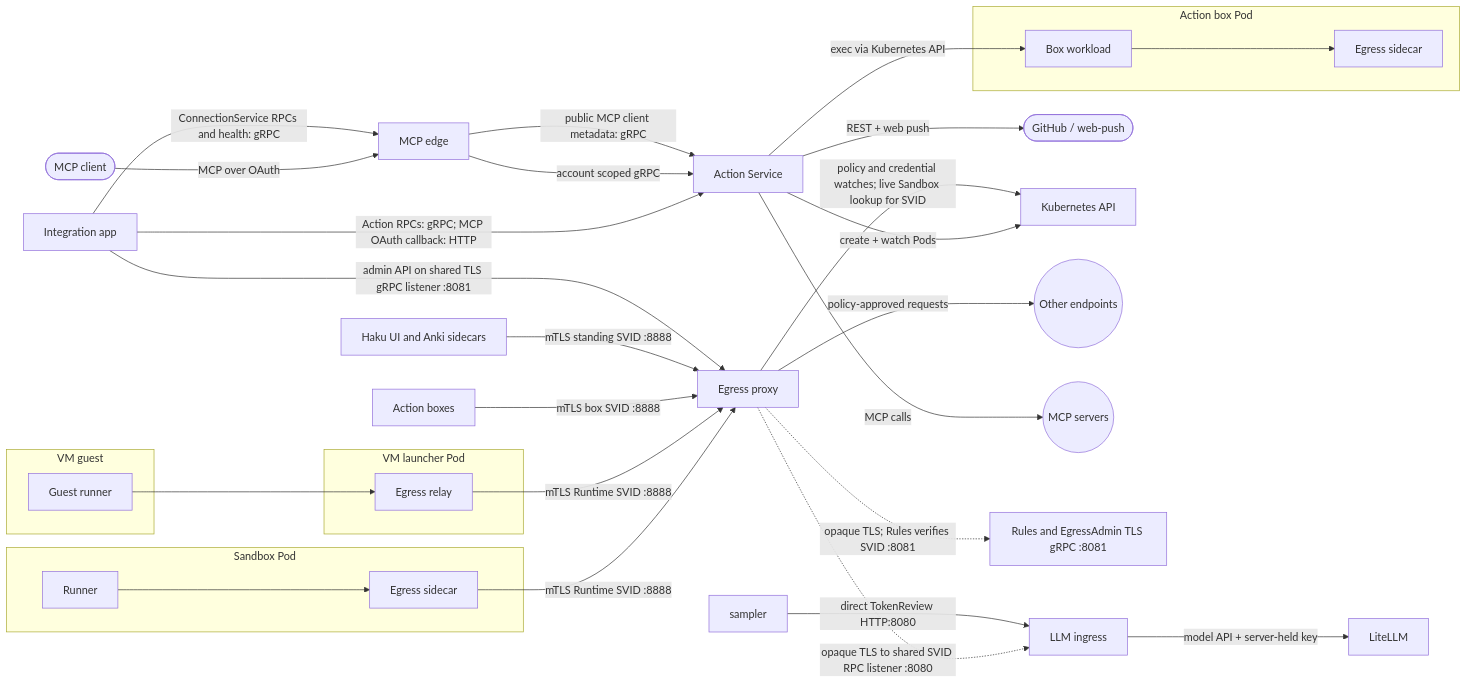
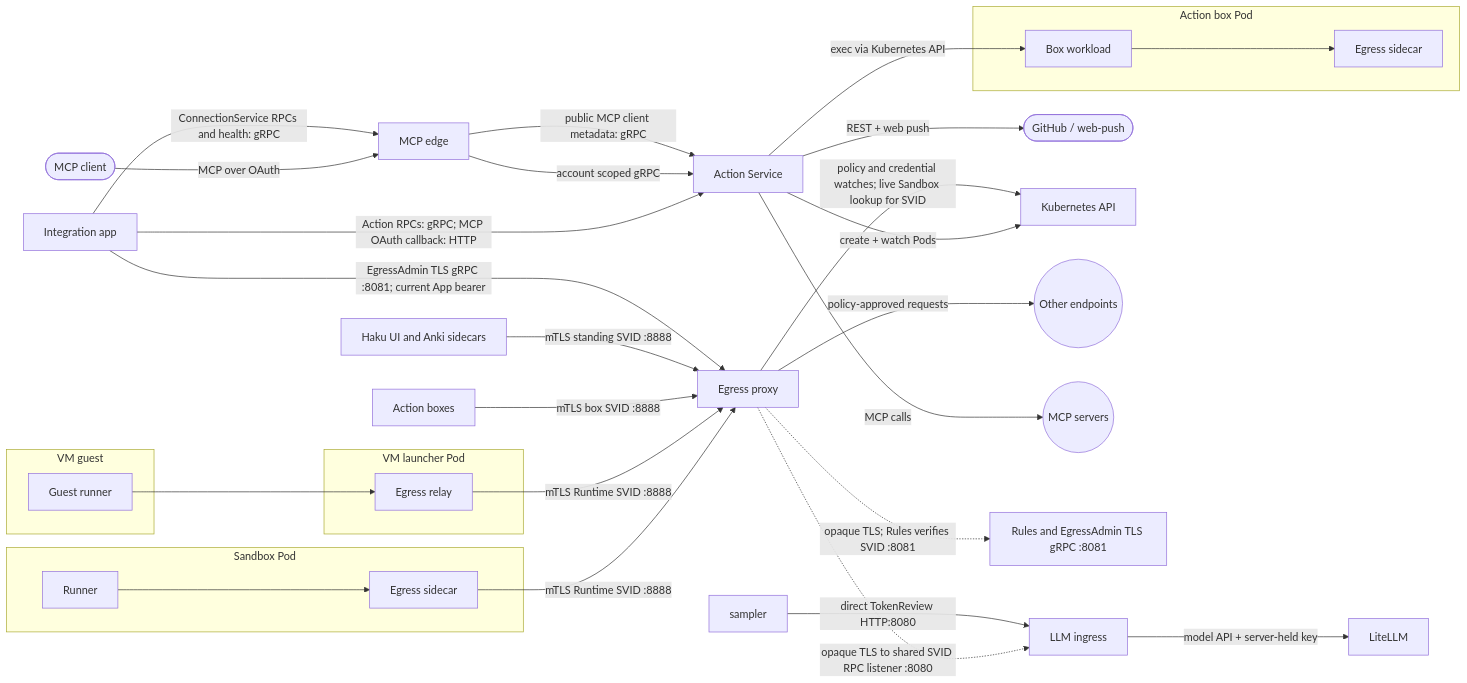
Before and after one commit to agentydragon/ducktape: diagram 12 of 15 in agentplane/docs/system_overview.md, drawn with Mermaid. The commit also changed other lines of this file and 4 other files, not shown here.

Commit message:
agentplane: admit App SVID on EgressAdmin

````diff
--- a/agentplane/docs/system_overview.md
+++ b/agentplane/docs/system_overview.md
@@ -637,50 +637,50 @@
 ```mermaid
 flowchart LR
     mcp_client([MCP client])
     github([GitHub / web-push])
     app[Integration app]
     actions[Action Service]
     edge[MCP edge]
     k8s[Kubernetes API]
     subgraph box[Action box Pod]
         workload[Box workload]
         box_sidecar[Egress sidecar]
     end
     subgraph sandbox[Sandbox Pod]
         runner[Runner]
         sidecar[Egress sidecar]
     end
     subgraph vm_guest[VM guest]
         guest[Guest runner]
     end
     subgraph vm_pod[VM launcher Pod]
         relay[Egress relay]
     end
     egress[Egress proxy]
     llm[LLM ingress]
     litellm[LiteLLM]
     other((Other endpoints))
     mcp_servers((MCP servers))
 
     mcp_client -->|MCP over OAuth| edge
     app -->|Action RPCs: gRPC; MCP OAuth callback: HTTP| actions
     app -->|ConnectionService RPCs and health: gRPC| edge
     edge -->|account scoped gRPC| actions
     edge -->|public MCP client metadata: gRPC| actions
     actions -->|create + watch Pods| k8s
     actions -->|exec via Kubernetes API| workload
     workload --> box_sidecar
     runner --> sidecar -->|mTLS Runtime SVID :8888| egress
     guest --> relay -->|mTLS Runtime SVID :8888| egress
     nonSandbox[Action boxes] -->|mTLS box SVID :8888| egress
     standing[Haku UI and Anki sidecars] -->|mTLS standing SVID :8888| egress
-    app -->|admin API on shared TLS gRPC listener :8081| egress
+    app -->|EgressAdmin TLS gRPC :8081; current App bearer| egress
     egress -->|policy and credential watches; live Sandbox lookup for SVID| k8s
     egress -->|policy-approved requests| other
     egress -.->|opaque TLS; Rules verifies SVID :8081| rules[Rules and EgressAdmin TLS gRPC :8081]
     egress -.->|opaque TLS to shared SVID RPC listener :8080| llm
     sampler -->|direct TokenReview HTTP:8080| llm
     llm -->|model API + server-held key| litellm
     actions -->|MCP calls| mcp_servers
     actions -->|REST + web push| github
 ```
````
